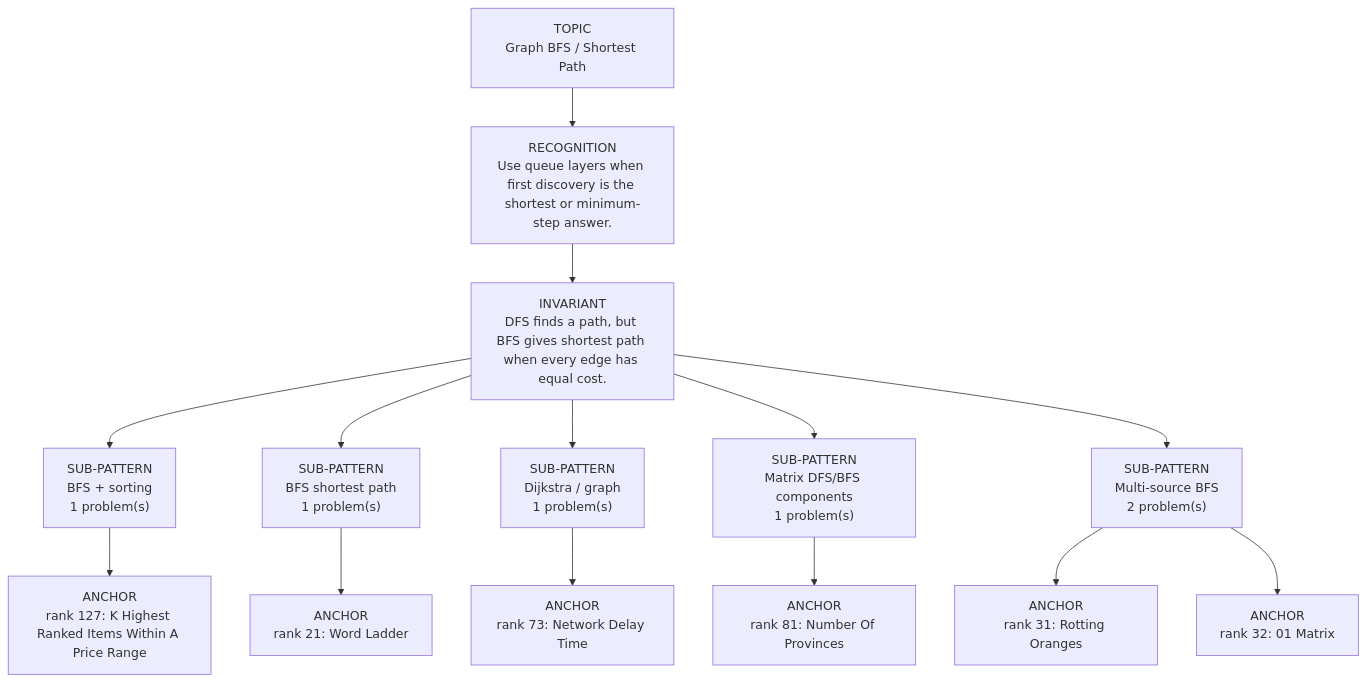
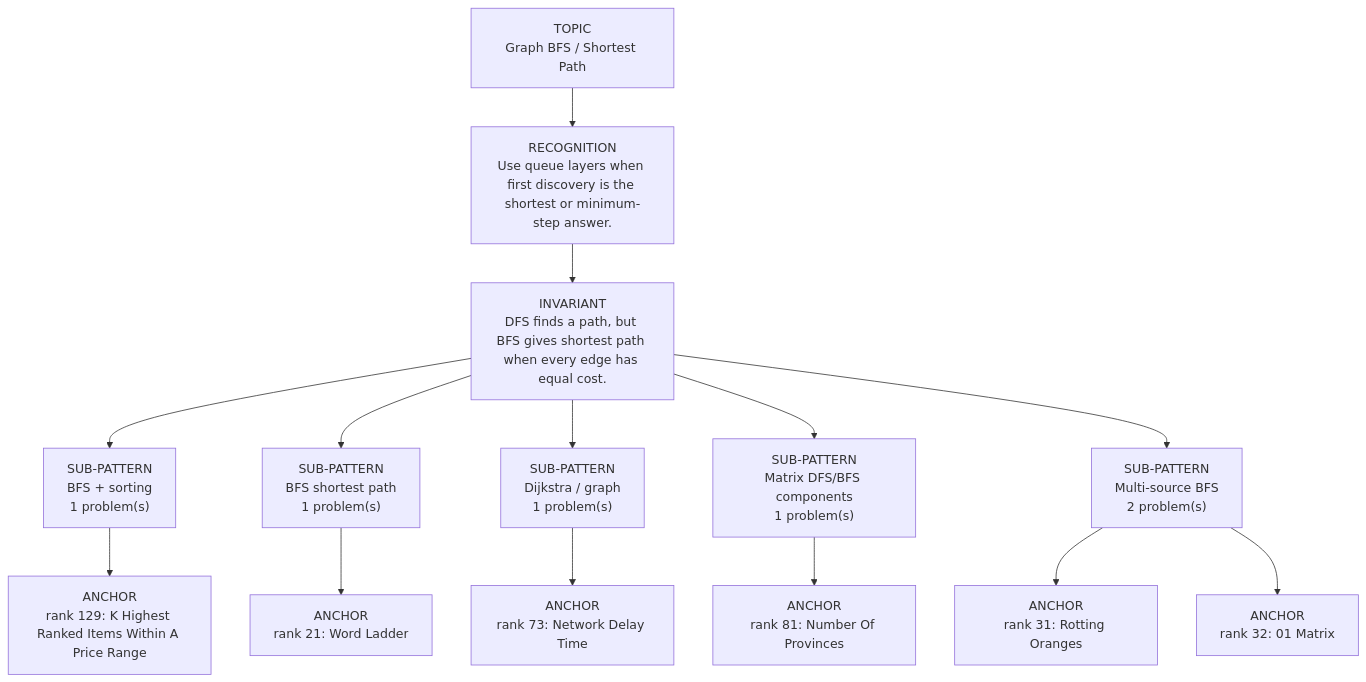
One commit to thechiranjeevjain/DSA10days changed the diagram in dsa-review/interview/patterns/11_graph_bfs.md. Above: the diagram before and after it, drawn with Mermaid. The commit also changed other lines of this file and 30 other files, not shown here.

````diff
--- a/dsa-review/interview/patterns/11_graph_bfs.md
+++ b/dsa-review/interview/patterns/11_graph_bfs.md
@@ -15,18 +15,18 @@
 ```mermaid
 flowchart TD
   Topic["TOPIC<br/>Graph BFS / Shortest Path"]
   Recognition["RECOGNITION<br/>Use queue layers when first discovery is the shortest or minimum-step answer."]
   Invariant["INVARIANT<br/>DFS finds a path, but BFS gives shortest path when every edge has equal cost."]
   Topic --> Recognition --> Invariant
   Invariant --> Sub01["SUB-PATTERN<br/>BFS + sorting<br/>1 problem(s)"]
-  Sub01 --> Sub01A01["ANCHOR<br/>rank 127: K Highest Ranked Items Within A Price Range"]
+  Sub01 --> Sub01A01["ANCHOR<br/>rank 129: K Highest Ranked Items Within A Price Range"]
   Invariant --> Sub02["SUB-PATTERN<br/>BFS shortest path<br/>1 problem(s)"]
   Sub02 --> Sub02A01["ANCHOR<br/>rank 21: Word Ladder"]
   Invariant --> Sub03["SUB-PATTERN<br/>Dijkstra / graph<br/>1 problem(s)"]
   Sub03 --> Sub03A01["ANCHOR<br/>rank 73: Network Delay Time"]
   Invariant --> Sub04["SUB-PATTERN<br/>Matrix DFS/BFS components<br/>1 problem(s)"]
   Sub04 --> Sub04A01["ANCHOR<br/>rank 81: Number Of Provinces"]
   Invariant --> Sub05["SUB-PATTERN<br/>Multi-source BFS<br/>2 problem(s)"]
   Sub05 --> Sub05A01["ANCHOR<br/>rank 31: Rotting Oranges"]
   Sub05 --> Sub05A02["ANCHOR<br/>rank 32: 01 Matrix"]
 ```
````
